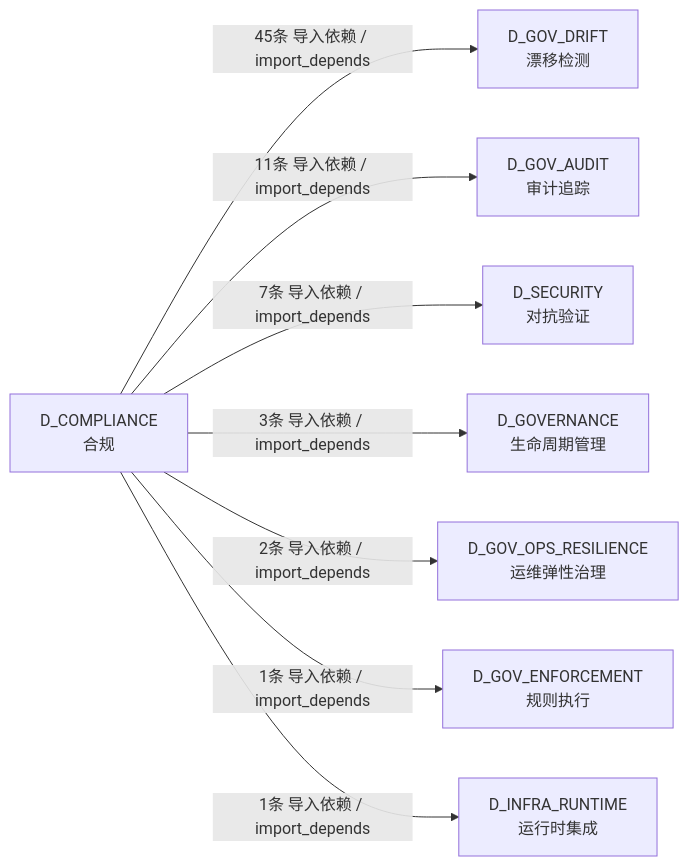
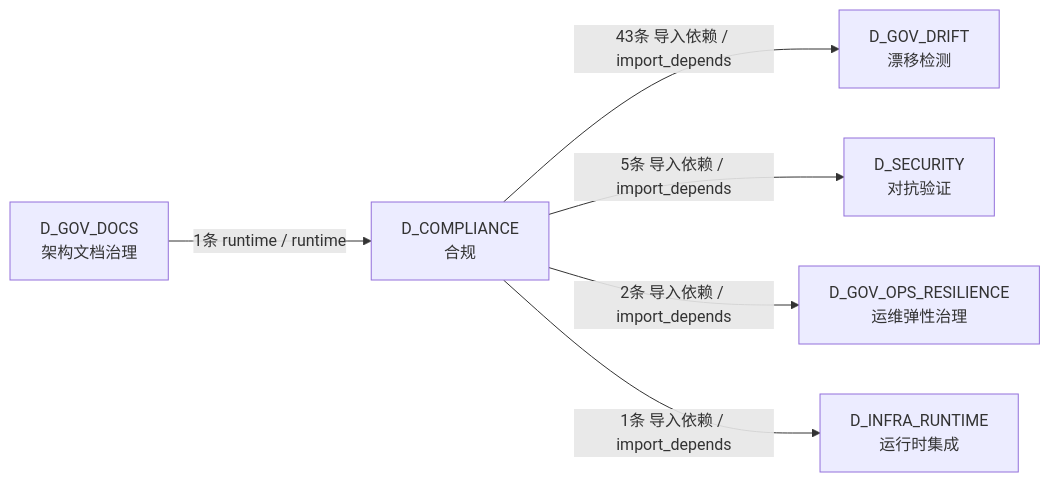
Before and after one commit to xuanFelixVan/ZephyrAlpha: the third of 3 diagrams in docs/02_enterprise_architecture/02_domain_architecture_docs/60_d_compliance.md, drawn with Mermaid. The commit also changed other lines of this file and 126 other files, not shown here.

````diff
--- a/docs/02_enterprise_architecture/02_domain_architecture_docs/60_d_compliance.md
+++ b/docs/02_enterprise_architecture/02_domain_architecture_docs/60_d_compliance.md
@@ -297,18 +229,14 @@
 ```mermaid
 graph LR
     D_COMPLIANCE["D_COMPLIANCE<br/>合规"]
     D_GOV_DRIFT["D_GOV_DRIFT<br/>漂移检测"]
-    D_GOV_AUDIT["D_GOV_AUDIT<br/>审计追踪"]
     D_SECURITY["D_SECURITY<br/>对抗验证"]
-    D_GOVERNANCE["D_GOVERNANCE<br/>生命周期管理"]
     D_GOV_OPS_RESILIENCE["D_GOV_OPS_RESILIENCE<br/>运维弹性治理"]
-    D_GOV_ENFORCEMENT["D_GOV_ENFORCEMENT<br/>规则执行"]
     D_INFRA_RUNTIME["D_INFRA_RUNTIME<br/>运行时集成"]
-    D_COMPLIANCE -->|45条 导入依赖 / import_depends| D_GOV_DRIFT
-    D_COMPLIANCE -->|11条 导入依赖 / import_depends| D_GOV_AUDIT
-    D_COMPLIANCE -->|7条 导入依赖 / import_depends| D_SECURITY
-    D_COMPLIANCE -->|3条 导入依赖 / import_depends| D_GOVERNANCE
+    D_GOV_DOCS["D_GOV_DOCS<br/>架构文档治理"]
+    D_COMPLIANCE -->|43条 导入依赖 / import_depends| D_GOV_DRIFT
+    D_COMPLIANCE -->|5条 导入依赖 / import_depends| D_SECURITY
     D_COMPLIANCE -->|2条 导入依赖 / import_depends| D_GOV_OPS_RESILIENCE
-    D_COMPLIANCE -->|1条 导入依赖 / import_depends| D_GOV_ENFORCEMENT
     D_COMPLIANCE -->|1条 导入依赖 / import_depends| D_INFRA_RUNTIME
+    D_GOV_DOCS -->|1条 runtime / runtime| D_COMPLIANCE
 ```
````
